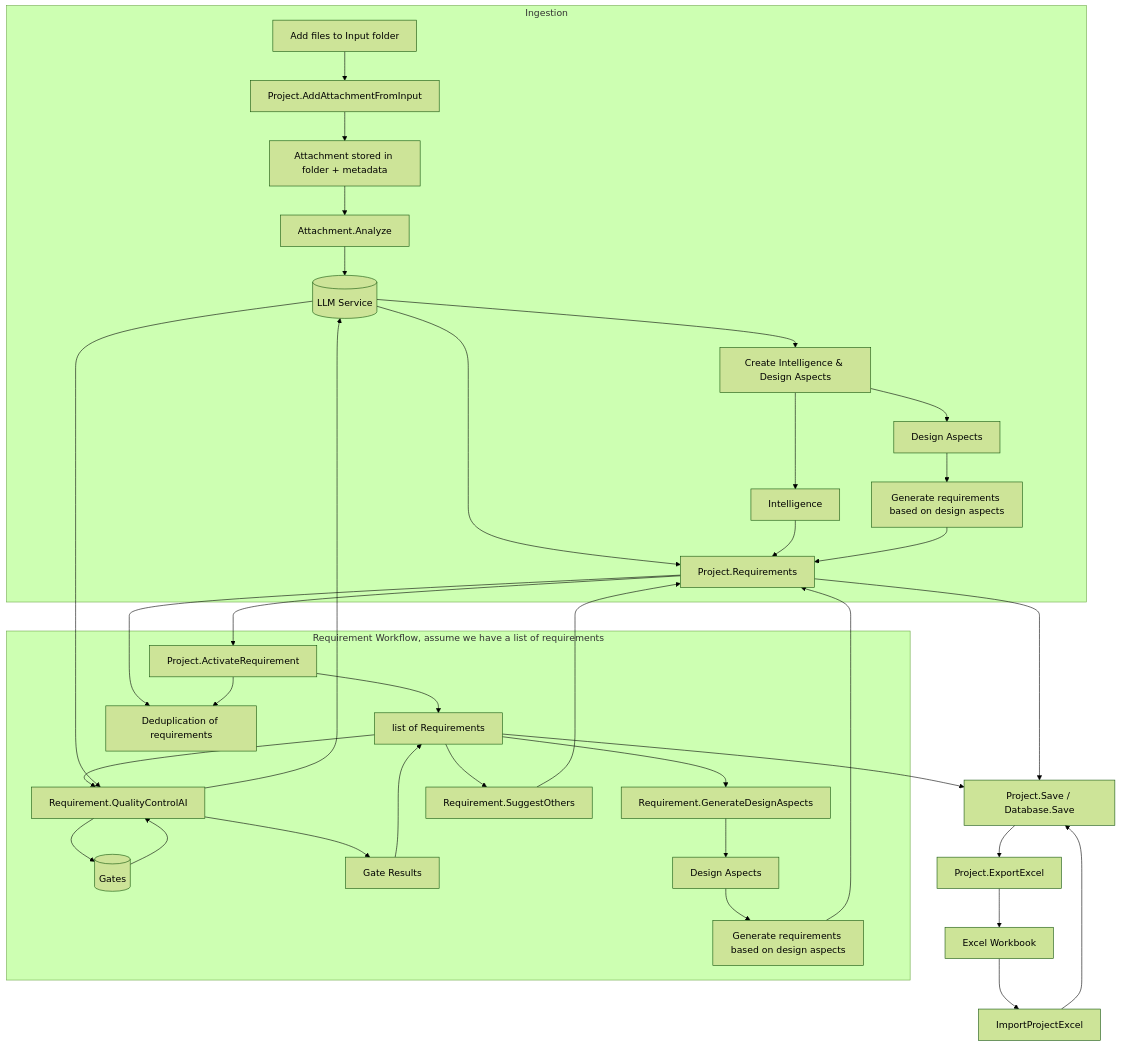
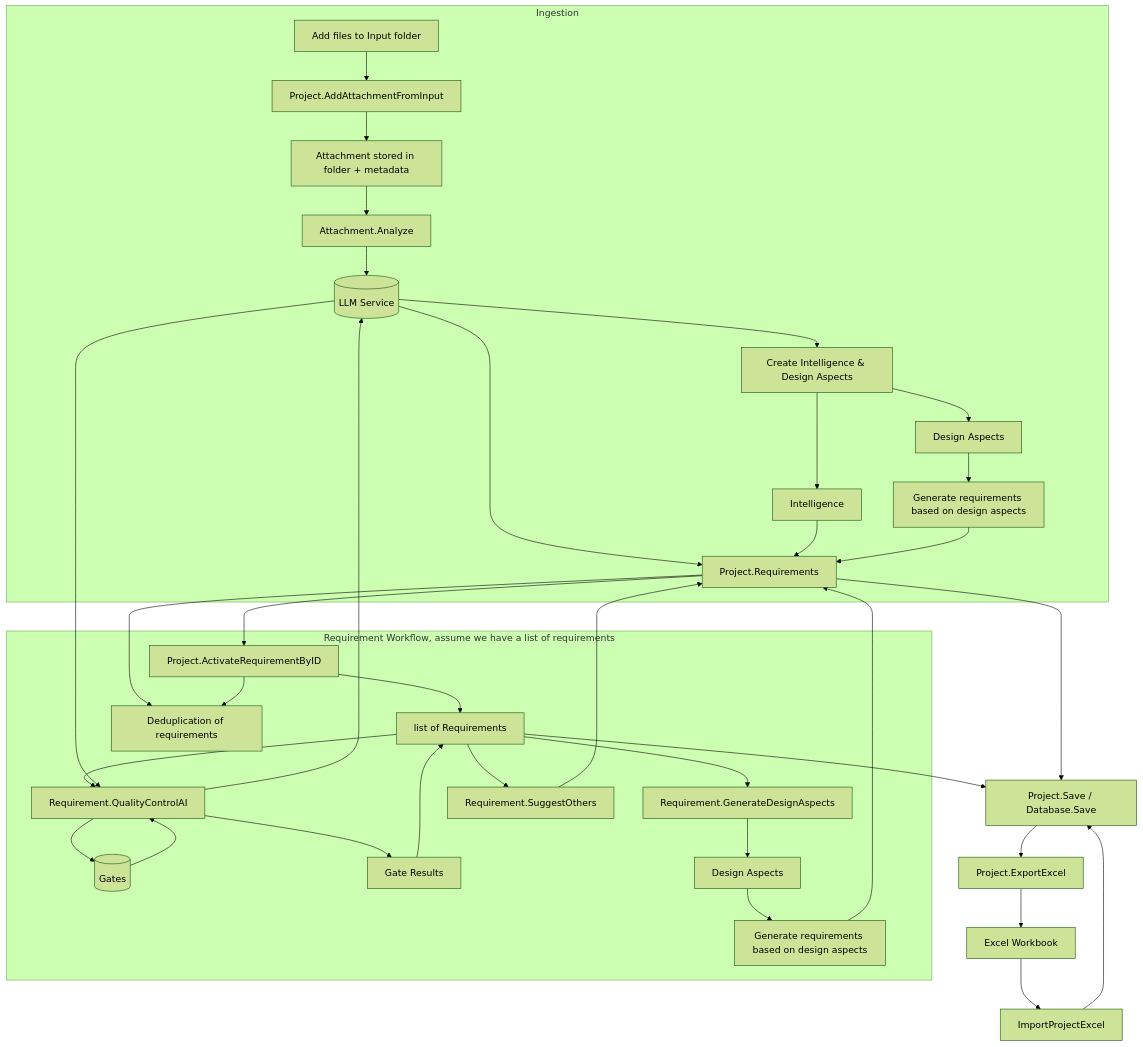
Before and after one commit to rjboer/PMFS: the diagram in docs/architecture.md, drawn with Mermaid (forest theme). The commit also changed 2 other files, not shown here.

Commit message:
Add requirement activation by ID and predicate

````diff
--- a/docs/architecture.md
+++ b/docs/architecture.md
@@ -3,58 +3,58 @@
 ```mermaid
 
 flowchart TD
 
   LLM[(LLM Service)]
   GATE[(Gates)]
 
   %% --- Attachment ingestion ---
   subgraph Ingestion
 
 
     A[Add files to Input folder]
     A --> C[Project.AddAttachmentFromInput]
     C --> D[Attachment stored in folder + metadata]
     D --> E[Attachment.Analyze]
     E --> LLM
     LLM --> X1[Create Intelligence & Design Aspects]
     X1 --> X2[Intelligence]
     X1 --> X3[Design Aspects]
     LLM --> G[Project.Requirements]
     X2 --> G
     X3 --> X4[Generate requirements based on design aspects]
     X4 --> G
   end
 
   %% --- Requirement lifecycle ---
   subgraph "Requirement Workflow, assume we have a list of requirements"
-    G --> H[Project.ActivateRequirement]
+    G --> H[Project.ActivateRequirementByID]
     H --> I[list of Requirements]
     I --> J[Requirement.QualityControlAI]
     J --> LLM
     J --> GATE
     LLM --> J
     GATE --> J
     J --> K[Gate Results]
     K --> I
     I --> L[Requirement.GenerateDesignAspects]
     L --> N[Design Aspects]
     N --> O[Generate requirements based on design aspects]
     O --> G
     I --> M[Requirement.SuggestOthers]
     M --> G
     G --> P[Deduplication of requirements]
     H --> P
 
   end
 
   %% --- Persistence ---
   G --> Q[Project.Save / Database.Save]
   I --> Q
 
   %% --- Excel Import/Export ---
   Q --> R[Project.ExportExcel]
   R --> S[Excel Workbook]
   S --> T[ImportProjectExcel]
   T --> Q
 
 ```
````
